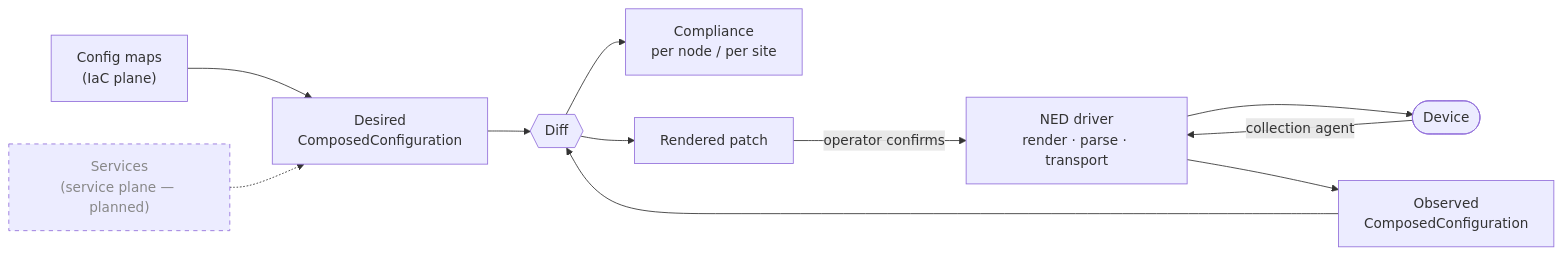
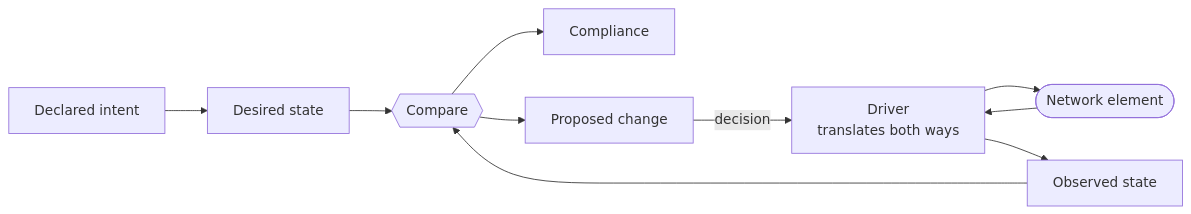
One commit to acex-labs/acex changed the diagram in README.md. Above: the diagram before and after it, drawn with Mermaid. The commit also changed other lines of this file, not shown here.

````diff
--- a/README.md
+++ b/README.md
@@ -48,16 +60,12 @@
 ```mermaid
 flowchart LR
-    CM["Config maps<br/>(IaC plane)"] --> DES["Desired<br/>ComposedConfiguration"]
-    SVC["Services<br/>(service plane — planned)"] -.-> DES
-    DES --> DIFF{{"Diff"}}
-    OBS["Observed<br/>ComposedConfiguration"] --> DIFF
-    DIFF --> COMP["Compliance<br/>per node / per site"]
-    DIFF --> PATCH["Rendered patch"]
-    PATCH -->|"operator confirms"| NED
-    NED["NED driver<br/>render · parse · transport"] --> DEV(["Device"])
-    DEV -->|"collection agent"| NED
-    NED --> OBS
-
-    classDef planned stroke-dasharray:5 5,color:#888
-    class SVC planned
+    INT["Declared intent"] --> DES["Desired state"]
+    DES --> DIFF{{"Compare"}}
+    OBS["Observed state"] --> DIFF
+    DIFF --> COMP["Compliance"]
+    DIFF --> CHG["Proposed change"]
+    CHG -->|"decision"| DRV
+    DRV["Driver<br/>translates both ways"] --> DEV(["Network element"])
+    DEV --> DRV
+    DRV --> OBS
 ```
````
